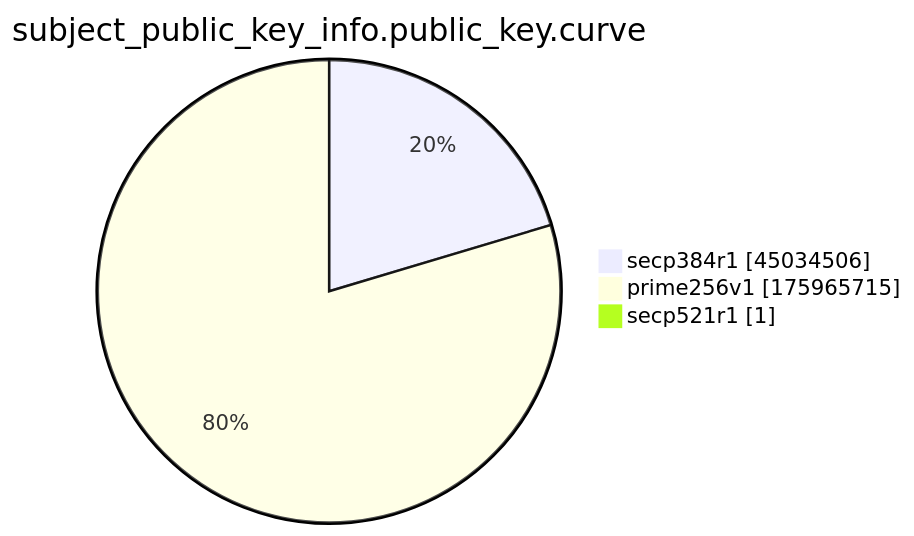
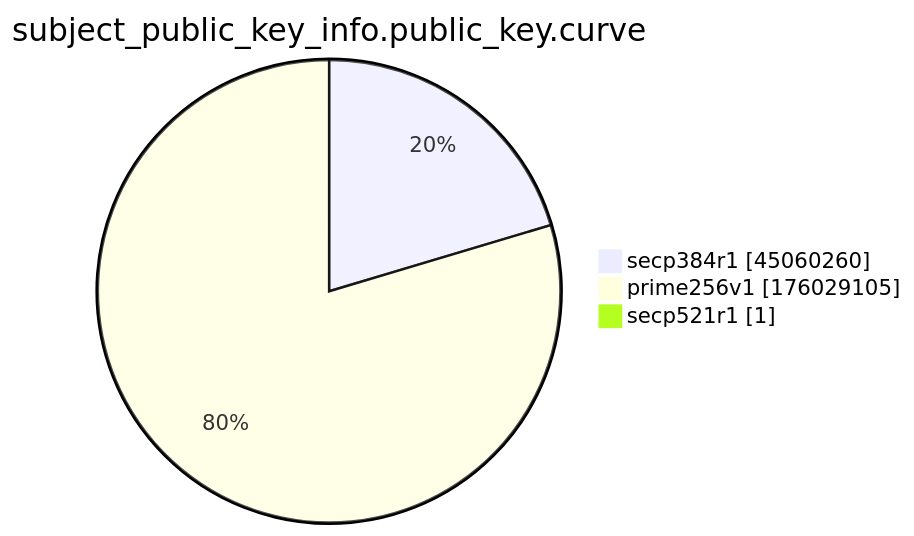
Before and after one commit to christiankrug/ctmonitor_visualization: the ninth of 15 diagrams in xenon2022/README.md, drawn with Mermaid. The commit also changed other lines of this file, not shown here.

````diff
--- a/xenon2022/README.md
+++ b/xenon2022/README.md
@@ -2872,7 +2872,7 @@
 ```mermaid
 pie showData
 title subject_public_key_info.public_key.curve
-"secp384r1" :45034506
-"prime256v1" :175965715
+"secp384r1" :45060260
+"prime256v1" :176029105
 "secp521r1" :1
 ```
````
